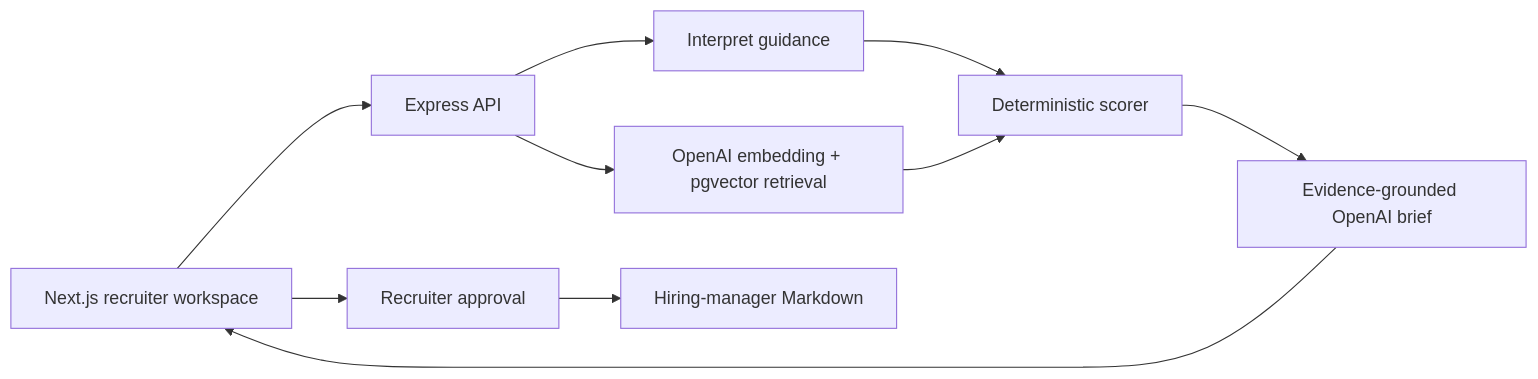
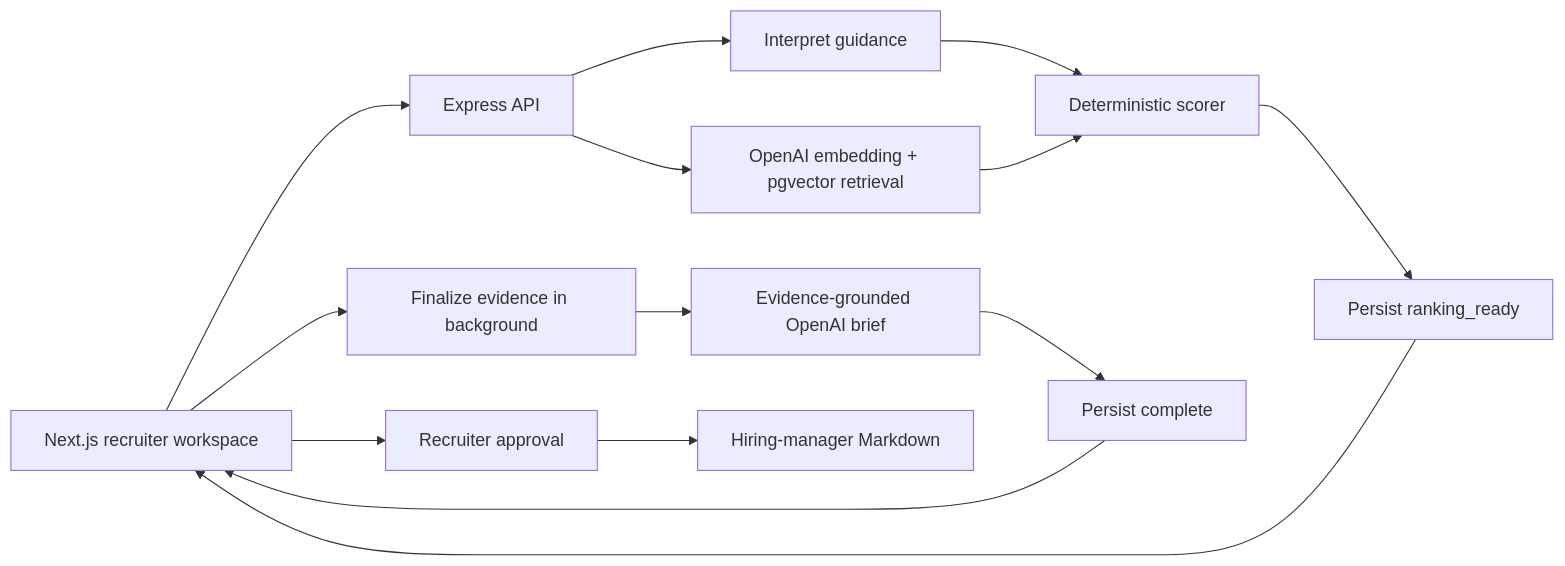
One commit to sjcodebook/TASC-Recruiter-Intelligence changed the diagram in README.md. Above: the diagram before and after it, drawn with Mermaid. The commit also changed other lines of this file and 18 other files, not shown here.

````diff
--- a/README.md
+++ b/README.md
@@ -29,12 +29,16 @@
 ```mermaid
 flowchart LR
   UI["Next.js recruiter workspace"] --> API["Express API"]
   API --> GUIDE["Interpret guidance"]
   API --> RETRIEVE["OpenAI embedding + pgvector retrieval"]
   GUIDE --> SCORE["Deterministic scorer"]
   RETRIEVE --> SCORE
-  SCORE --> EXPLAIN["Evidence-grounded OpenAI brief"]
-  EXPLAIN --> UI
+  SCORE --> READY["Persist ranking_ready"]
+  READY --> UI
+  UI --> FINALIZE["Finalize evidence in background"]
+  FINALIZE --> EXPLAIN["Evidence-grounded OpenAI brief"]
+  EXPLAIN --> COMPLETE["Persist complete"]
+  COMPLETE --> UI
   UI --> APPROVE["Recruiter approval"]
   APPROVE --> MD["Hiring-manager Markdown"]
 ```
````
